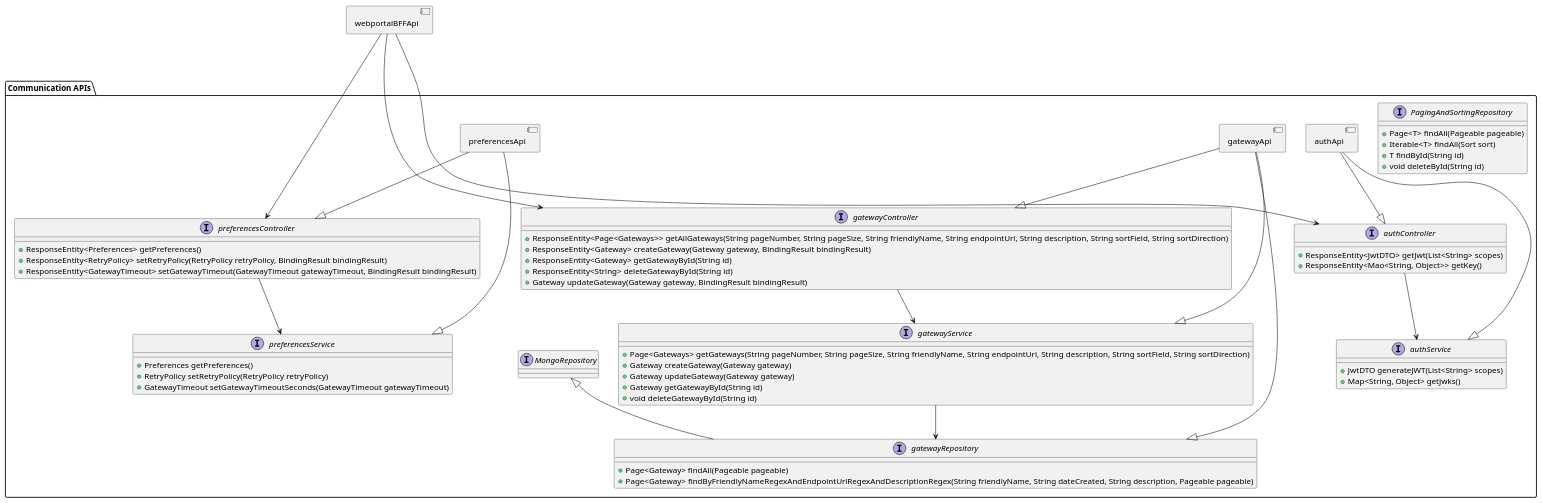
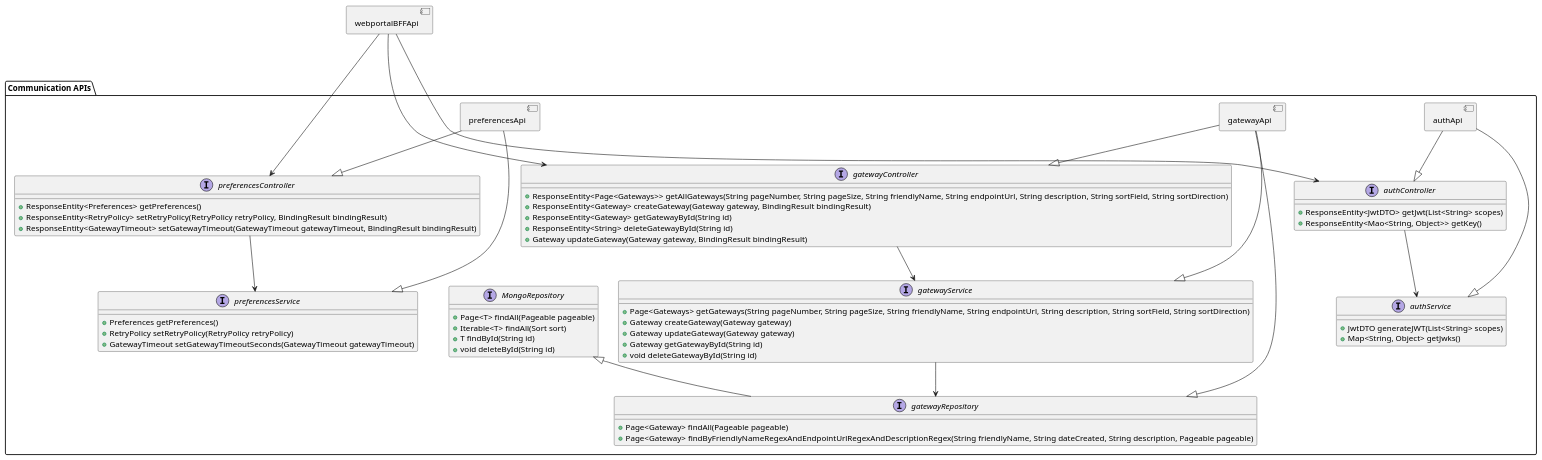
Before and after one commit to CameronWard301/communication_scheduler: the diagram in Designs/System Context/Components/AuthPreferencesGatewayApiInterfaces.puml, drawn with PlantUML. The commit also changed 23 other files, not shown here.

```diff
--- a/Designs/System Context/Components/AuthPreferencesGatewayApiInterfaces.puml
+++ b/Designs/System Context/Components/AuthPreferencesGatewayApiInterfaces.puml
@@ -1,93 +1,93 @@
 @startuml Component Interfaces
 
 component webportalBFFApi {
 
 }
 
 
 package "Communication APIs" as communicationApis {
     component gatewayApi {
 
     }
 
     interface gatewayController {
             + ResponseEntity<Page<Gateways>> getAllGateways(String pageNumber, String pageSize, String friendlyName, String endpointUrl, String description, String sortField, String sortDirection)
             + ResponseEntity<Gateway> createGateway(Gateway gateway, BindingResult bindingResult)
             + ResponseEntity<Gateway> getGatewayById(String id)
             + ResponseEntity<String> deleteGatewayById(String id)
             + Gateway updateGateway(Gateway gateway, BindingResult bindingResult)
         }
 
     interface gatewayService {
         + Page<Gateways> getGateways(String pageNumber, String pageSize, String friendlyName, String endpointUrl, String description, String sortField, String sortDirection)
         + Gateway createGateway(Gateway gateway)
         + Gateway updateGateway(Gateway gateway)
         + Gateway getGatewayById(String id)
         + void deleteGatewayById(String id)
     }
 
-    interface PagingAndSortingRepository {
+    interface MongoRepository {
         + Page<T> findAll(Pageable pageable)
         + Iterable<T> findAll(Sort sort)
         + T findById(String id)
         + void deleteById(String id)
     }
 
 
     interface gatewayRepository extends MongoRepository {
         + Page<Gateway> findAll(Pageable pageable)
         + Page<Gateway> findByFriendlyNameRegexAndEndpointUrlRegexAndDescriptionRegex(String friendlyName, String dateCreated, String description, Pageable pageable)
     }
 
     gatewayApi --|> gatewayService
     gatewayApi --|> gatewayRepository
     gatewayApi --|> gatewayController
     gatewayController --> gatewayService
     gatewayService --> gatewayRepository
 
     component preferencesApi {
 
     }
 
     interface preferencesController {
         + ResponseEntity<Preferences> getPreferences()
         + ResponseEntity<RetryPolicy> setRetryPolicy(RetryPolicy retryPolicy, BindingResult bindingResult)
         + ResponseEntity<GatewayTimeout> setGatewayTimeout(GatewayTimeout gatewayTimeout, BindingResult bindingResult)
     }
 
     interface preferencesService {
         + Preferences getPreferences()
         + RetryPolicy setRetryPolicy(RetryPolicy retryPolicy)
         + GatewayTimeout setGatewayTimeoutSeconds(GatewayTimeout gatewayTimeout)
     }
 
     preferencesApi --|> preferencesService
     preferencesApi --|> preferencesController
     preferencesController --> preferencesService
 
     component authApi {
 
     }
 
     interface authController {
         + ResponseEntity<JwtDTO> getJwt(List<String> scopes)
         + ResponseEntity<Mao<String, Object>> getKey()
     }
 
     interface authService {
         + JwtDTO generateJWT(List<String> scopes)
         + Map<String, Object> getJwks()
     }
 
     authApi --|> authService
     authApi --|> authController
     authController --> authService
 
 
 }
 
 
 webportalBFFApi -d--> gatewayController
 webportalBFFApi -d---> preferencesController
 webportalBFFApi -d---> authController
 @enduml
```
